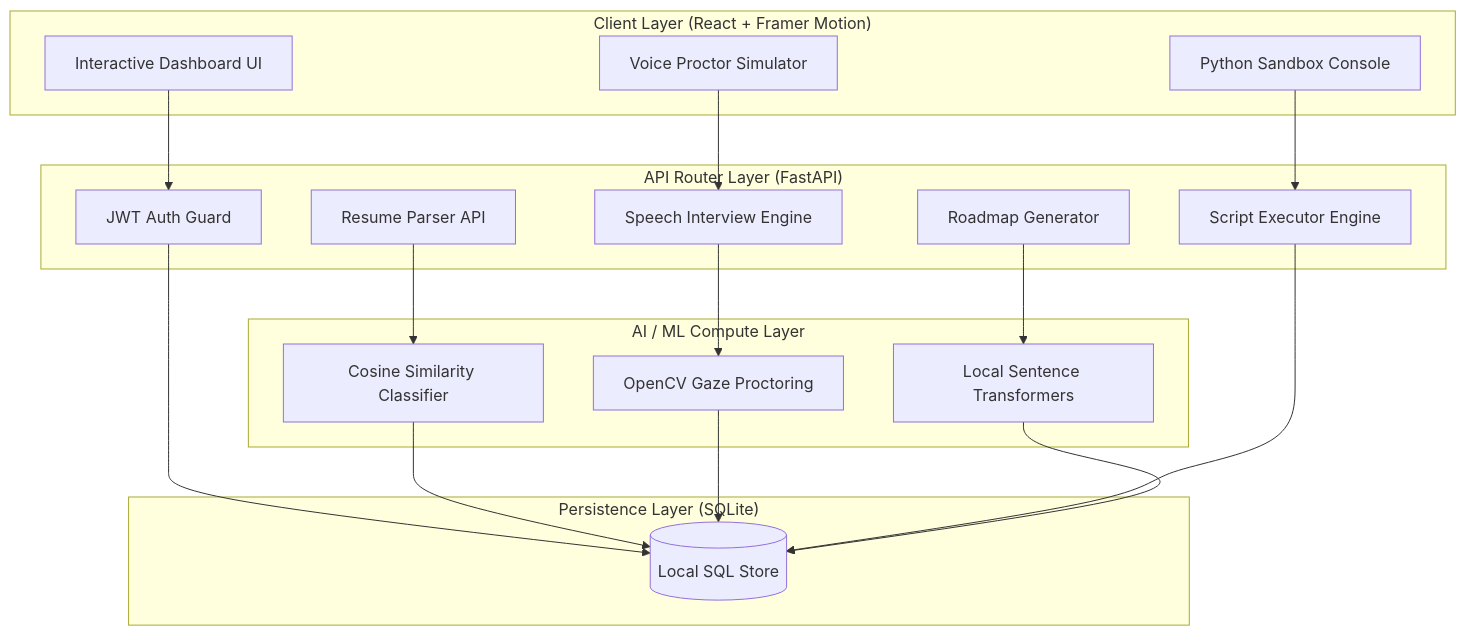
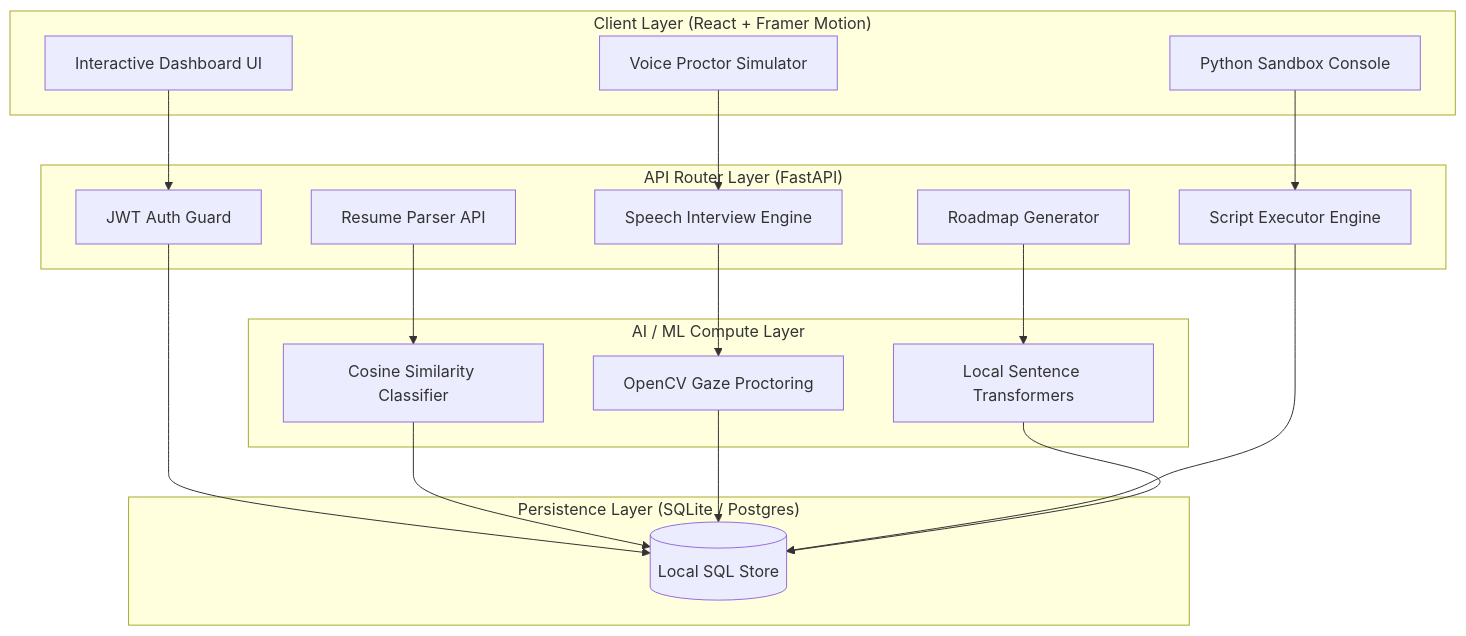
Before and after one commit to animesh6532/NeuroPath_AI: the first of 3 diagrams in README.md, drawn with Mermaid. The commit also changed other lines of this file and 152 other files, not shown here.

````diff
--- a/README.md
+++ b/README.md
@@ -79,42 +82,42 @@
 ```mermaid
 flowchart TB
     subgraph Client ["Client Layer (React + Framer Motion)"]
         UI["Interactive Dashboard UI"]
         Mocks["Voice Proctor Simulator"]
         IDE["Python Sandbox Console"]
     end
 
     subgraph Server ["API Router Layer (FastAPI)"]
         Auth["JWT Auth Guard"]
         Parser["Resume Parser API"]
         MockEngine["Speech Interview Engine"]
         CodeSandbox["Script Executor Engine"]
         RoadmapGen["Roadmap Generator"]
     end
 
     subgraph Models ["AI / ML Compute Layer"]
         TF["Local Sentence Transformers"]
         CV["OpenCV Gaze Proctoring"]
         NLP["Cosine Similarity Classifier"]
     end
 
-    subgraph Store ["Persistence Layer (SQLite)"]
+    subgraph Store ["Persistence Layer (SQLite / Postgres)"]
         DB[(Local SQL Store)]
     end
 
     UI --> Auth
     Auth --> DB
     
     Parser --> NLP
     NLP --> DB
     
     Mocks --> MockEngine
     MockEngine --> CV
     CV --> DB
 
     IDE --> CodeSandbox
     CodeSandbox --> DB
 
     RoadmapGen --> TF
     TF --> DB
 ```
````
